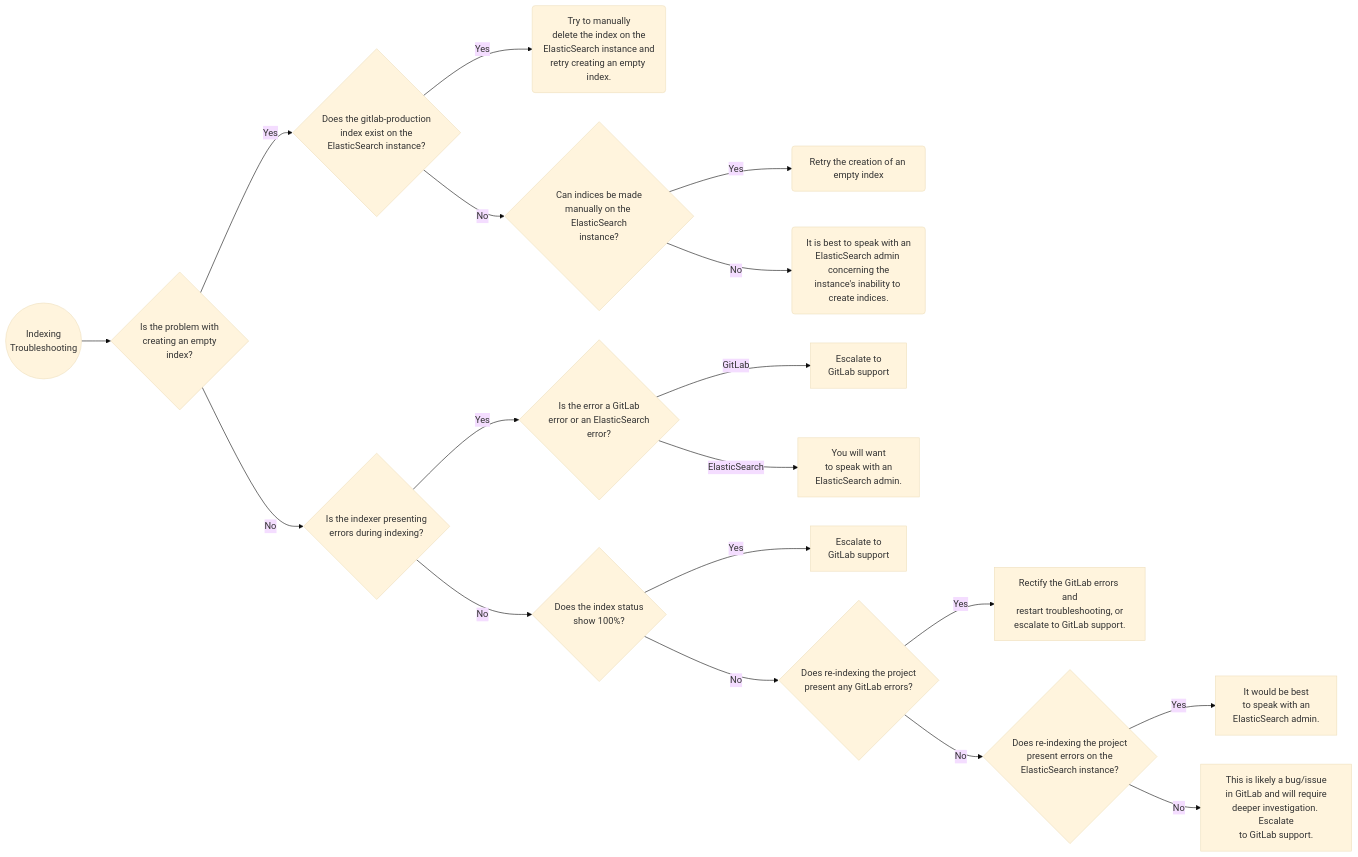
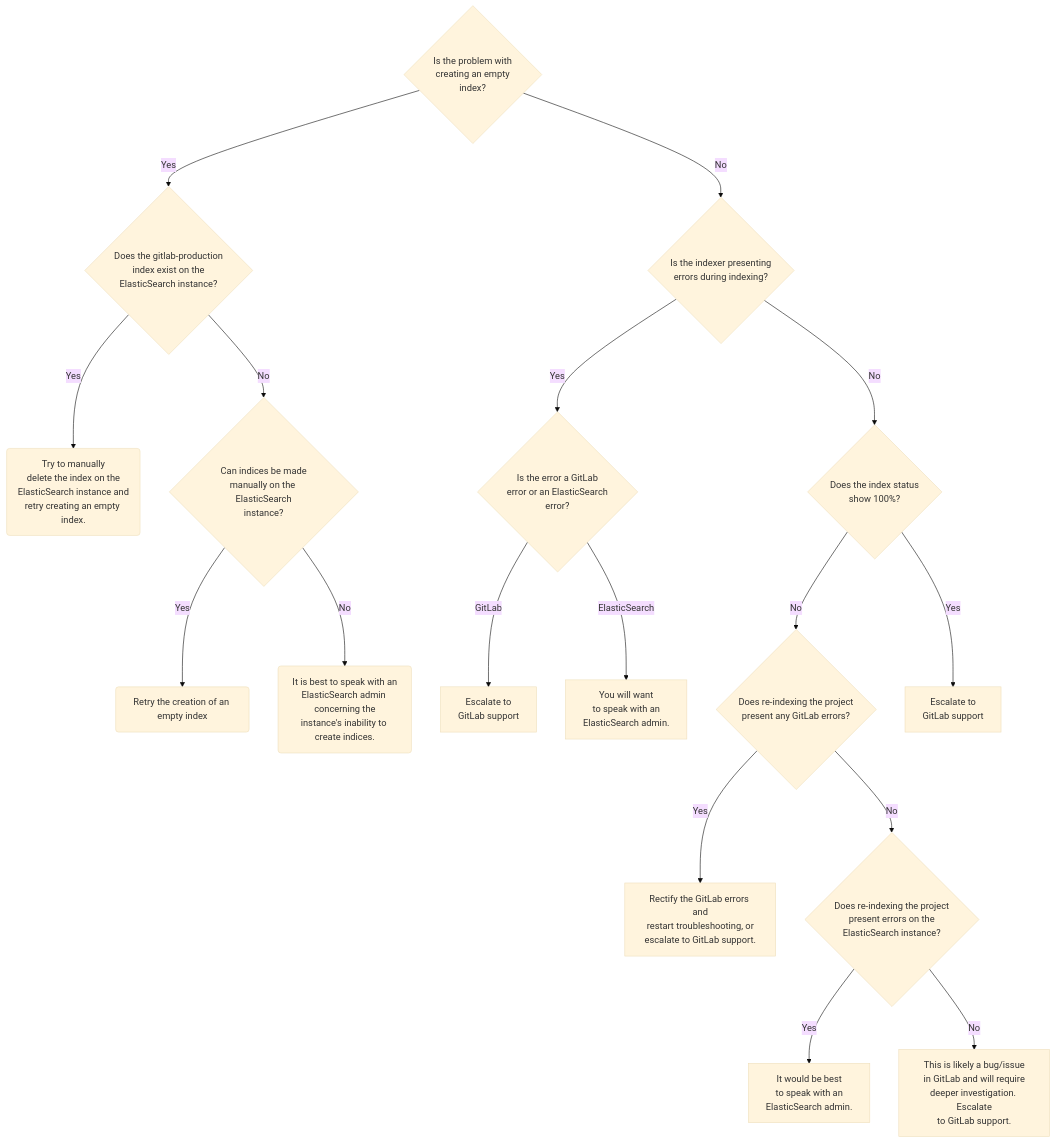
One commit to ngen-brett/gitlab-ce changed the second of 4 diagrams in doc/administration/troubleshooting/elasticsearch.md. Above: the diagram before and after it, drawn with Mermaid (base theme). The commit also changed other lines of this file, not shown here.

First line of the commit message:
Add ElasticSearch Troubleshooting

````diff
--- a/doc/administration/troubleshooting/elasticsearch.md
+++ b/doc/administration/troubleshooting/elasticsearch.md
@@ -62,38 +60,36 @@
 ```mermaid
-graph LR;
-  A --> C
+graph TD;
   C --> |Yes| C1
   C1 --> |Yes| C2
   C1 --> |No| C3
   C3 --> |Yes| C4
   C3 --> |No| C5
   C --> |No| C6
-  C6 --> |Yes| C7
+  C6 --> |No| C10
   C7 --> |GitLab| C8
   C7 --> |ElasticSearch| C9
-  C6 --> |No| C10
+  C6 --> |Yes| C7
+  C10 --> |No| C12
   C10 --> |Yes| C11
-  C10 --> |No| C12
   C12 --> |Yes| C13
   C12 --> |No| C14
   C14 --> |Yes| C15
   C14 --> |No| C16
-  A((Indexing<br>Troubleshooting))
   C{Is the problem with<br>creating an empty<br>index?}
   C1{Does the gitlab-production<br>index exist on the<br>ElasticSearch instance?}
   C2(Try to manually<br>delete the index on the<br>ElasticSearch instance and<br>retry creating an empty index.)
   C3{Can indices be made<br>manually on the ElasticSearch<br>instance?}
   C4(Retry the creation of an empty index)
   C5(It is best to speak with an<br>ElasticSearch admin concerning the<br>instance's inability to create indices.)
   C6{Is the indexer presenting<br>errors during indexing?}
   C7{Is the error a GitLab<br>error or an ElasticSearch<br>error?}
   C8[Escalate to<br>GitLab support]
   C9[You will want<br>to speak with an<br>ElasticSearch admin.]
   C10{Does the index status<br>show 100%?}
   C11[Escalate to<br>GitLab support]
   C12{Does re-indexing the project<br> present any GitLab errors?}
   C13[Rectify the GitLab errors and<br>restart troubleshooting, or<br>escalate to GitLab support.]
   C14{Does re-indexing the project<br>present errors on the <br>ElasticSearch instance?}
   C15[It would be best<br>to speak with an<br>ElasticSearch admin.]
   C16[This is likely a bug/issue<br>in GitLab and will require<br>deeper investigation. Escalate<br>to GitLab support.]
 ```
````
